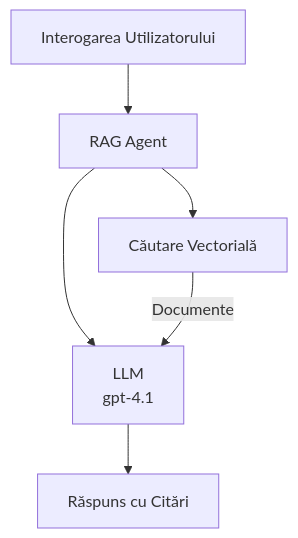
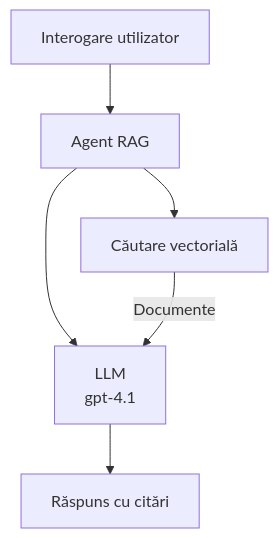
Before and after one commit to microsoft/AZD-for-beginners: the second of 3 diagrams in translations/ro/docs/chapter-02-ai-development/agents.md, drawn with Mermaid. The commit also changed other lines of this file and 101 other files, not shown here.

````diff
--- a/translations/ro/docs/chapter-02-ai-development/agents.md
+++ b/translations/ro/docs/chapter-02-ai-development/agents.md
@@ -170,8 +175,8 @@
 ```mermaid
 graph TD
-    Query[Interogarea Utilizatorului] --> RAG[RAG Agent]
-    RAG --> Vector[Căutare Vectorială]
+    Query[Interogare utilizator] --> RAG[Agent RAG]
+    RAG --> Vector[Căutare vectorială]
     RAG --> LLM[LLM<br/>gpt-4.1]
     Vector -- Documente --> LLM
-    LLM --> Response[Răspuns cu Citări]
+    LLM --> Response[Răspuns cu citări]
 ```
````
